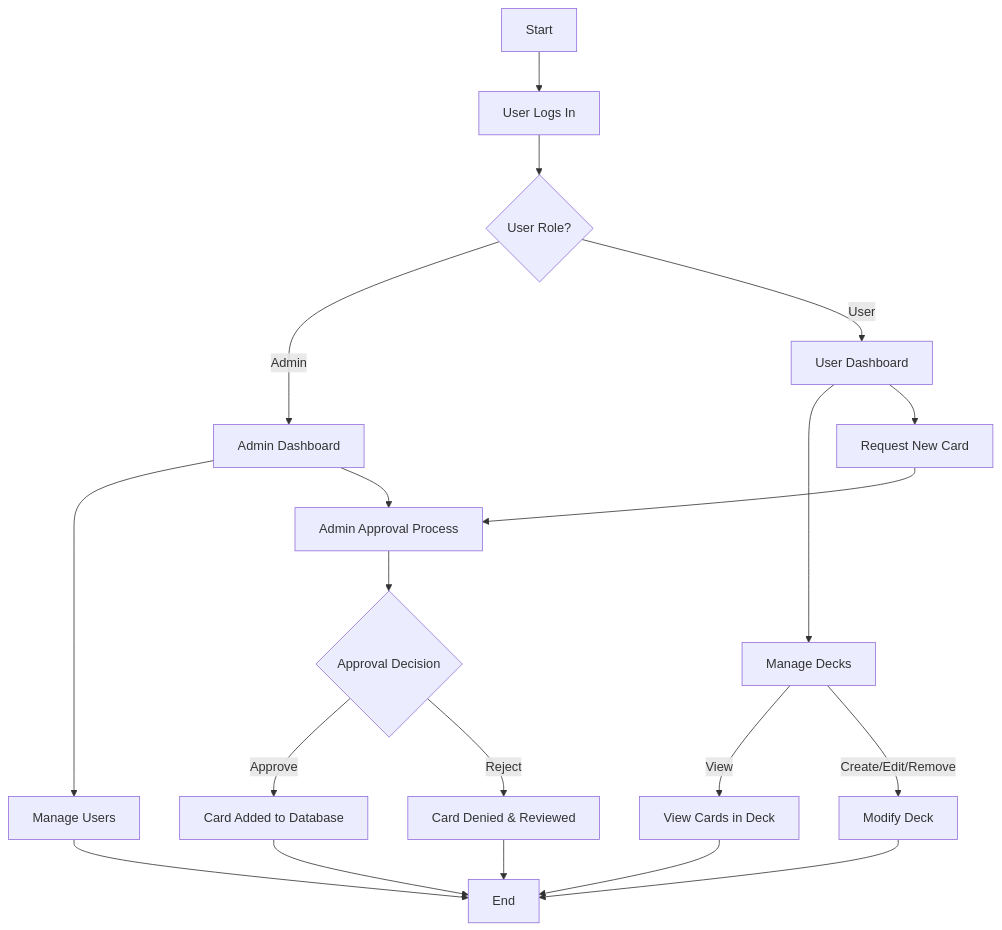
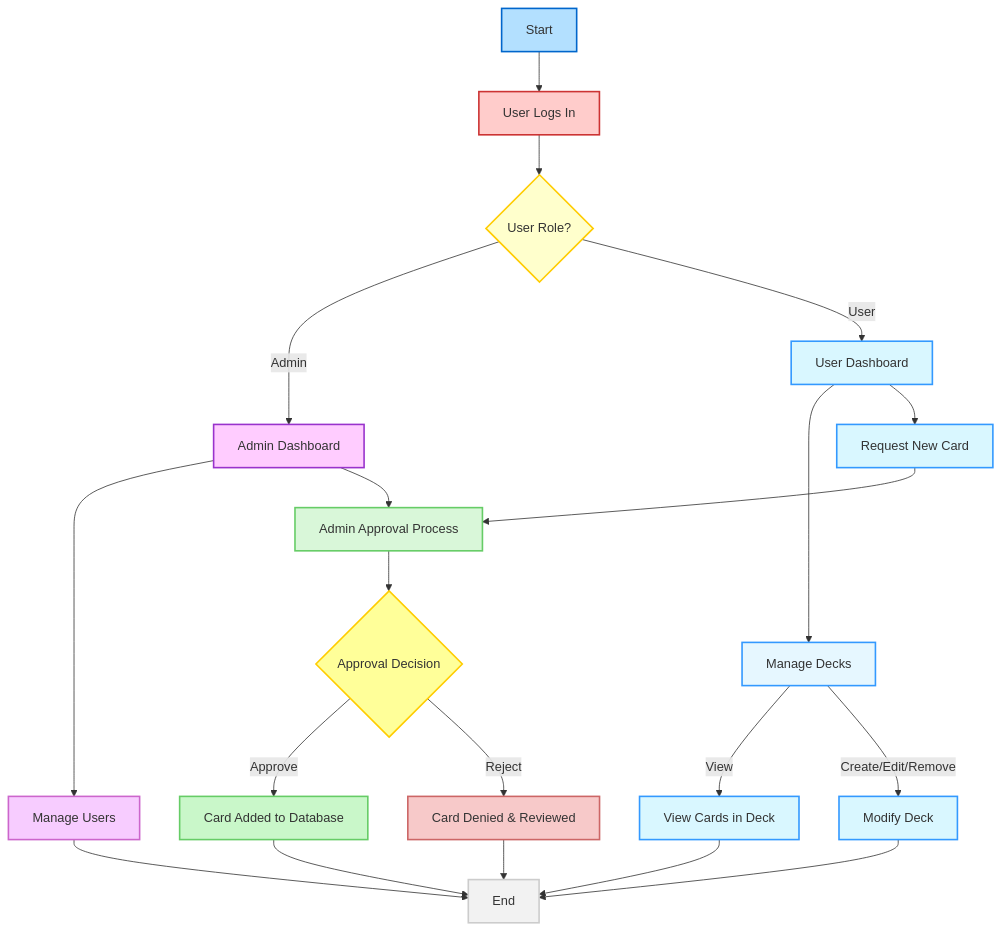
Before and after one commit to LoganPickell/git-practice-LoganPickell: the second of 2 diagrams in Diagrams/READMYDIAGAMS.md, drawn with Mermaid. The commit also changed other lines of this file, not shown here.

Commit message:
Style points

````diff
--- a/Diagrams/READMYDIAGAMS.md
+++ b/Diagrams/READMYDIAGAMS.md
@@ -53,36 +53,58 @@
 ```mermaid
 flowchart TD
     %% Start Point
     A[Start] --> B[User Logs In]
 
     %% Role Decision
     B --> C{User Role?}
     C -->|Admin| D[Admin Dashboard]
     C -->|User| E[User Dashboard]
 
     %% User Dashboard Actions
     E --> F[Manage Decks]
     F -->|View| F1[View Cards in Deck]
     F -->|Create/Edit/Remove| F2[Modify Deck]
     E --> K[Request New Card]
 
     %% Admin Actions
     D --> N[Manage Users]
     D --> M[Admin Approval Process]
 
     %% Card Request linked to Admin Approval
     K --> M
 
     %% Approval Decision
     M --> M1{Approval Decision}
     M1 -->|Approve| O[Card Added to Database]
     M1 -->|Reject| P[Card Denied & Reviewed]
 
     %% End Point
     O --> V[End]
     P --> V
     F1 --> V
     F2 --> V
     N --> V
-    
+
+    %% Styling
+    style A fill:#b3e0ff,stroke:#0066cc,stroke-width:2px
+    style B fill:#ffcccb,stroke:#cc3333,stroke-width:2px
+    style C fill:#ffffcc,stroke:#ffcc00,stroke-width:2px
+    style E fill:#d9f7ff,stroke:#3399ff,stroke-width:2px
+    style F fill:#e6f7ff,stroke:#3399ff,stroke-width:2px
+    style D fill:#ffccff,stroke:#9933cc,stroke-width:2px
+    style N fill:#f7ccff,stroke:#cc66cc,stroke-width:2px
+    style M fill:#d9f7d9,stroke:#66cc66,stroke-width:2px
+    style M1 fill:#ffff99,stroke:#ffcc00,stroke-width:2px
+    style O fill:#c9f7c9,stroke:#66cc66,stroke-width:2px
+    style P fill:#f7c9c9,stroke:#cc6666,stroke-width:2px
+    style V fill:#f2f2f2,stroke:#cccccc,stroke-width:2px
+
+    %% Role-Based Styling with classDef
+    classDef user fill:#d9f7ff,stroke:#3399ff,stroke-width:2px;
+    classDef admin fill:#ffccff,stroke:#9933cc,stroke-width:2px;
+
+    %% Apply role-based classes explicitly
+    class E,F1,F2,K user; 
+    class D,N,M admin;     
+
 ```
````
